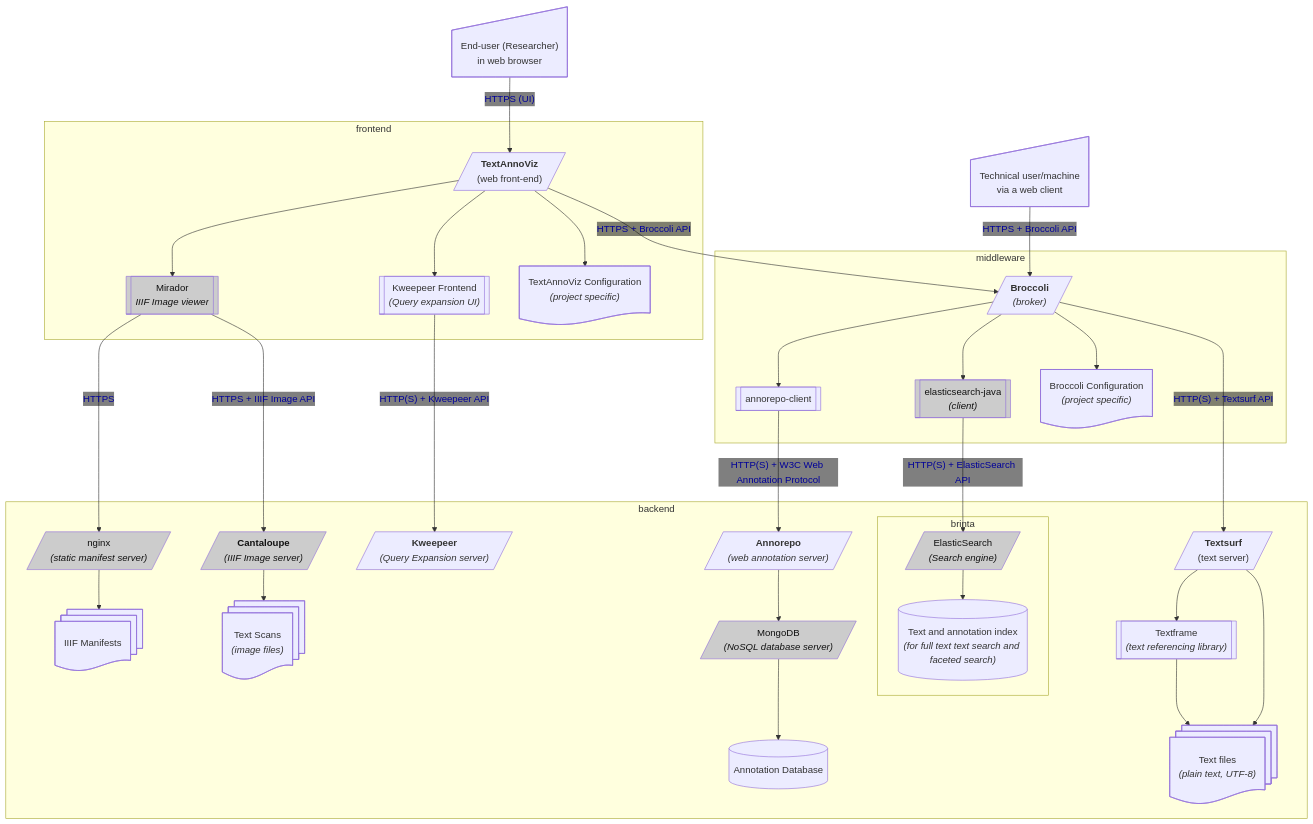
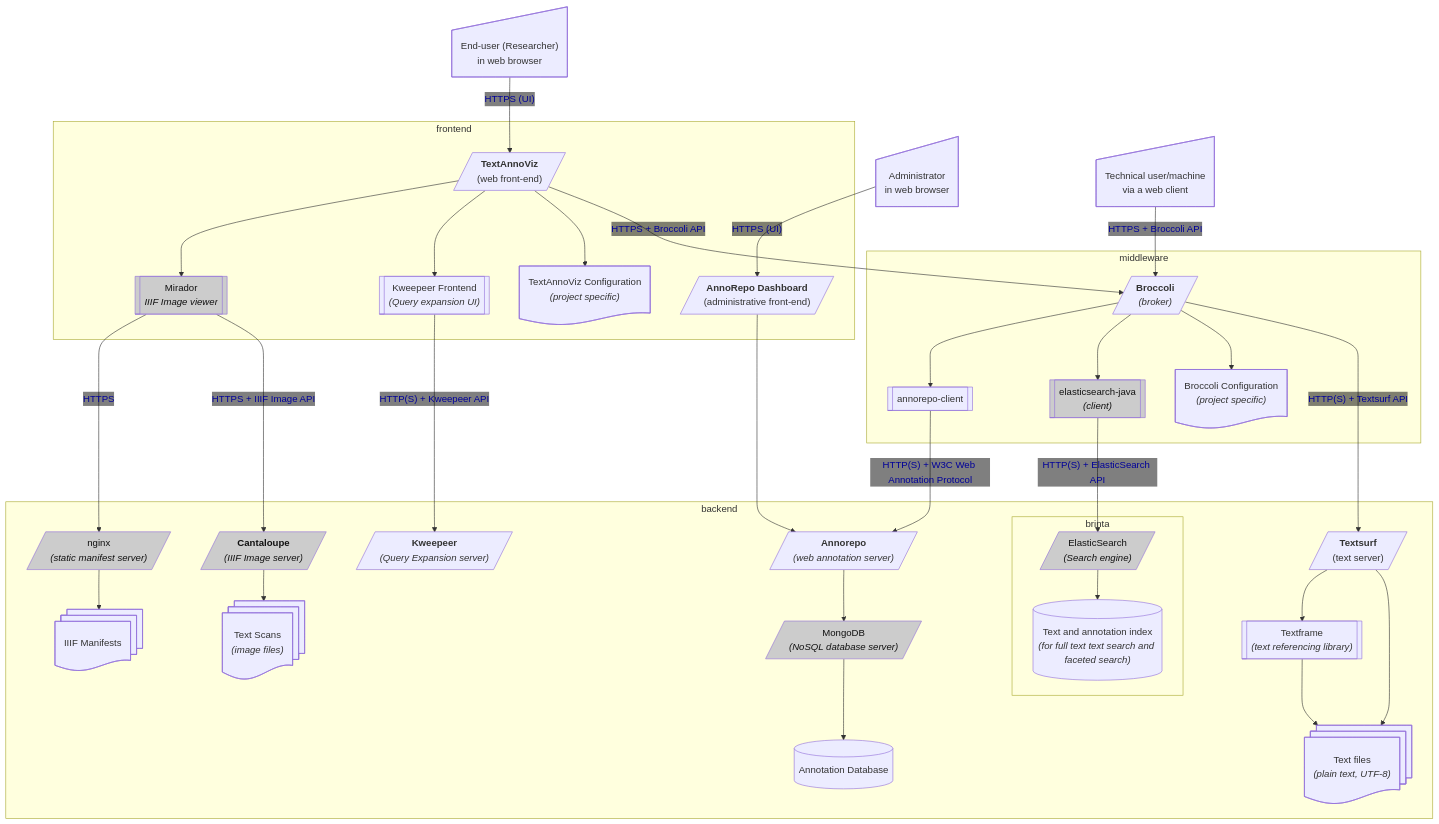
Before and after one commit to knaw-huc/tt-architecture: the second of 5 diagrams in README.md, drawn with Mermaid.

Commit message:
added Annorepo dashboard to section 1.2

```diff
--- a/README.md
+++ b/README.md
@@ -135,6 +135,8 @@
 
     user@{ shape: sl-rect, label: "End-user (Researcher)<br>in web browser"}
     user -- "HTTPS (UI)" --> textannoviz
+    administrator@{ shape: sl-rect, label: "Administrator<br>in web browser"}
+    administrator -- "HTTPS (UI)" --> annorepodashboard
     subgraph frontend
         textannoviz[/"<b>TextAnnoViz</b><br>(web front-end)"/]
         mirador@{shape: subproc, label: "Mirador<br><i>IIIF Image viewer</i>"}
@@ -144,6 +146,8 @@
 
         tavconf@{ shape: doc, label: "TextAnnoViz Configuration<br><i>(project specific)</i>"}
         textannoviz --> tavconf
+
+        annorepodashboard[/"<b>AnnoRepo Dashboard</b><br>(administrative front-end)"/]
     end
 
     techuser@{ shape: sl-rect, label: "Technical user/machine<br>via a web client"}
@@ -170,6 +174,7 @@
         mongodb[/"MongoDB<br><i>(NoSQL database server)</i>"/]
         annorepo_db[("Annotation Database")]
         annorepo --> mongodb --> annorepo_db
+        annorepodashboard --> annorepo
 
         subgraph brinta
             broccoli_elasticclient -- "HTTP(S) + ElasticSearch API" --> elasticsearch
```
